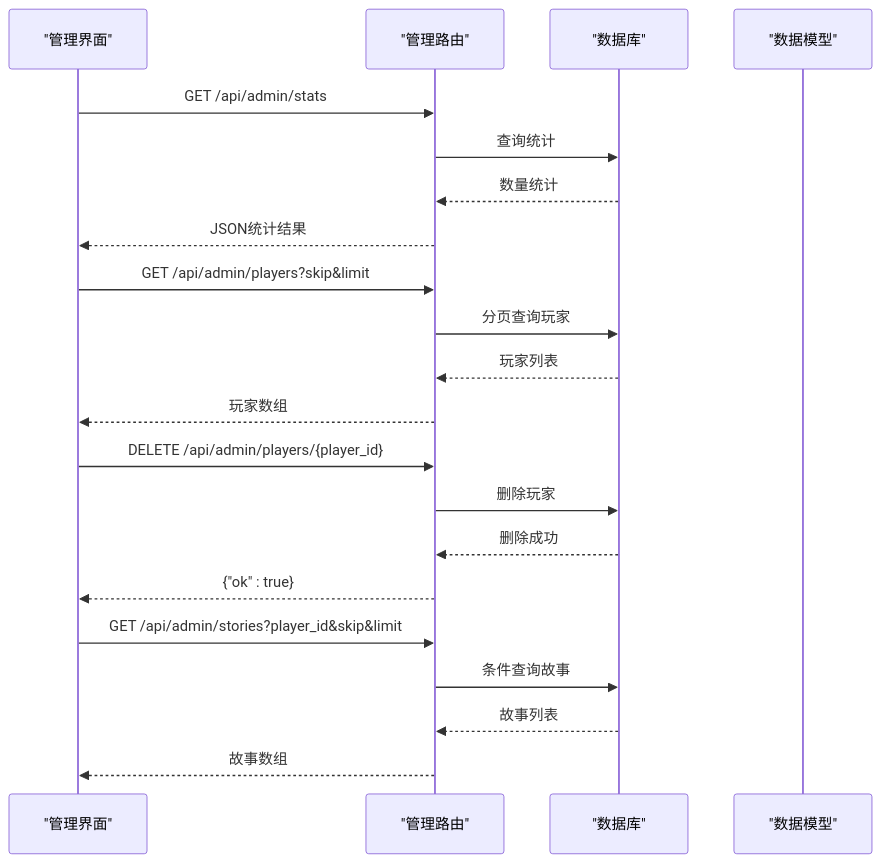
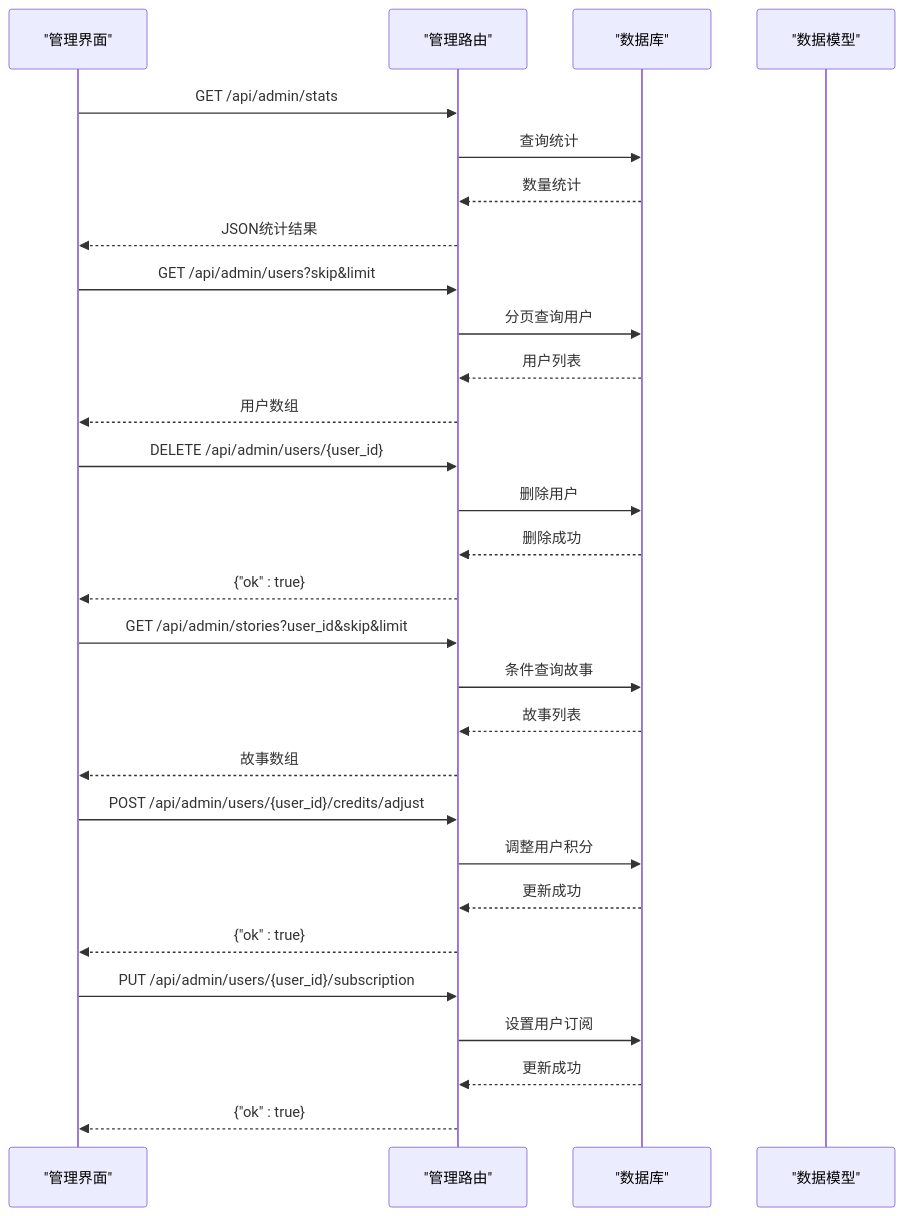
The fourth of 11 diagrams in .qoder/repowiki/zh/content/后端开发指南/API路由系统/管理员管理API.md (KunLabAI/KunFlix), drawn with Mermaid before and after one commit. The commit also changed other lines of this file and 88 other files, not shown here.

````diff
--- a/.qoder/repowiki/zh/content/后端开发指南/API路由系统/管理员管理API.md
+++ b/.qoder/repowiki/zh/content/后端开发指南/API路由系统/管理员管理API.md
@@ -221,23 +232,31 @@
 ```mermaid
 sequenceDiagram
 participant Client as "管理界面"
 participant Router as "管理路由"
 participant DB as "数据库"
 participant Model as "数据模型"
 Client->>Router : GET /api/admin/stats
 Router->>DB : 查询统计
 DB-->>Router : 数量统计
 Router-->>Client : JSON统计结果
-Client->>Router : GET /api/admin/players?skip&limit
-Router->>DB : 分页查询玩家
-DB-->>Router : 玩家列表
-Router-->>Client : 玩家数组
-Client->>Router : DELETE /api/admin/players/{player_id}
-Router->>DB : 删除玩家
+Client->>Router : GET /api/admin/users?skip&limit
+Router->>DB : 分页查询用户
+DB-->>Router : 用户列表
+Router-->>Client : 用户数组
+Client->>Router : DELETE /api/admin/users/{user_id}
+Router->>DB : 删除用户
 DB-->>Router : 删除成功
 Router-->>Client : {"ok" : true}
-Client->>Router : GET /api/admin/stories?player_id&skip&limit
+Client->>Router : GET /api/admin/stories?user_id&skip&limit
 Router->>DB : 条件查询故事
 DB-->>Router : 故事列表
 Router-->>Client : 故事数组
+Client->>Router : POST /api/admin/users/{user_id}/credits/adjust
+Router->>DB : 调整用户积分
+DB-->>Router : 更新成功
+Router-->>Client : {"ok" : true}
+Client->>Router : PUT /api/admin/users/{user_id}/subscription
+Router->>DB : 设置用户订阅
+DB-->>Router : 更新成功
+Router-->>Client : {"ok" : true}
 ```
````
